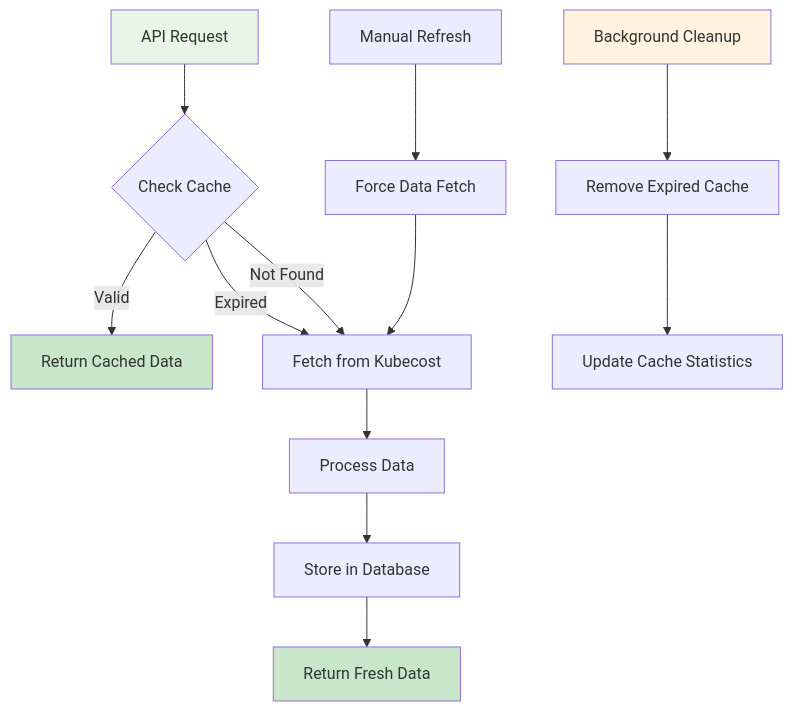
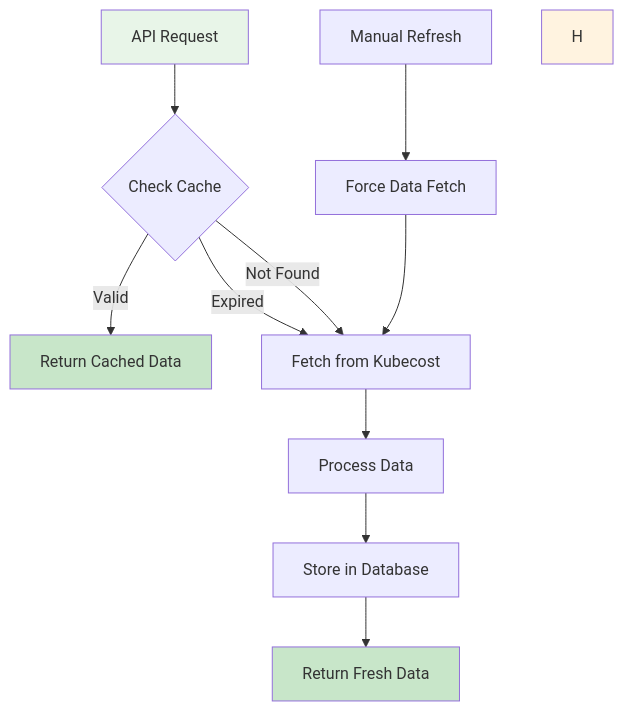
One commit to Gokulaa-krishnaa-S/kubermets changed the fifth of 9 diagrams in MONITORING_FLOW_DIAGRAM.md. Above: the diagram before and after it, drawn with Mermaid. The commit also changed other lines of this file, not shown here.

````diff
--- a/MONITORING_FLOW_DIAGRAM.md
+++ b/MONITORING_FLOW_DIAGRAM.md
@@ -158,23 +133,20 @@
 ```mermaid
 graph TD
     A[API Request] --> B{Check Cache}
 
     B -->|Valid| C[Return Cached Data]
     B -->|Expired| D[Fetch from Kubecost]
     B -->|Not Found| D
 
     D --> E[Process Data]
     E --> F[Store in Database]
     F --> G[Return Fresh Data]
 
-    H[Background Cleanup] --> I[Remove Expired Cache]
-    I --> J[Update Cache Statistics]
-
     K[Manual Refresh] --> L[Force Data Fetch]
     L --> D
 
     style A fill:#e8f5e8
     style C fill:#c8e6c9
     style G fill:#c8e6c9
     style H fill:#fff3e0
 ```
````
